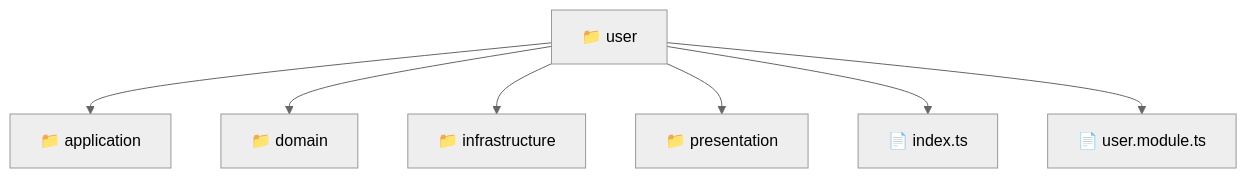
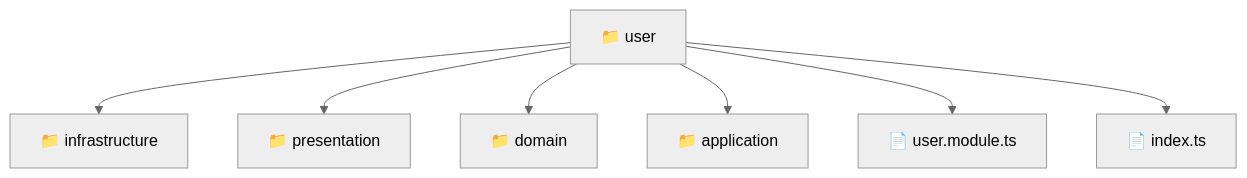
One commit to beginwebdev2002/fullstack-mavluda changed the diagram in backend/src/modules/user/README.md. Above: the diagram before and after it, drawn with Mermaid (neutral theme). The commit also changed other lines of this file and 157 other files, not shown here.

````diff
--- a/backend/src/modules/user/README.md
+++ b/backend/src/modules/user/README.md
@@ -9,10 +9,10 @@
 ```mermaid
 graph TD
-  Root["📁 user"]
-  Root --> application["📁 application"]
-  Root --> domain["📁 domain"]
-  Root --> infrastructure["📁 infrastructure"]
-  Root --> presentation["📁 presentation"]
-  Root --> index_ts["📄 index.ts"]
-  Root --> user_module_ts["📄 user.module.ts"]
+  user["📁 user"]
+  user --> infrastructure["📁 infrastructure"]
+  user --> presentation["📁 presentation"]
+  user --> domain["📁 domain"]
+  user --> application["📁 application"]
+  user --> user_module_ts["📄 user.module.ts"]
+  user --> index_ts["📄 index.ts"]
 ```
````
